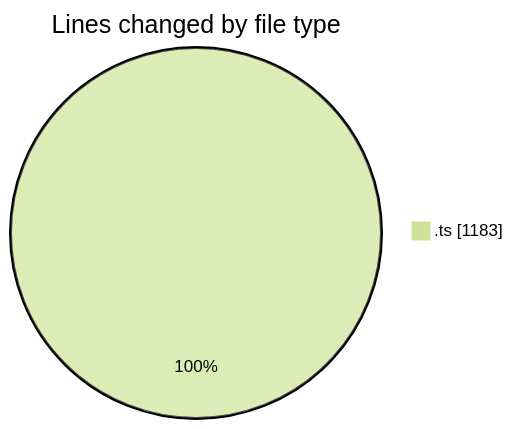
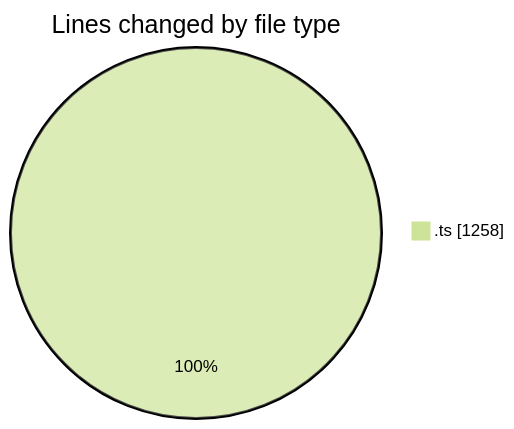
One commit to lephambinh05/code-tracking changed the first of 2 diagrams in 2025-09-13/hiai-phf/README.md. Above: the diagram before and after it, drawn with Mermaid (forest theme). The commit also changed other lines of this file and 1 other file, not shown here.

````diff
--- a/2025-09-13/hiai-phf/README.md
+++ b/2025-09-13/hiai-phf/README.md
@@ -23,5 +24,5 @@
 ```mermaid
 pie showData
 title Lines changed by file type
-".ts" : 1183
+".ts" : 1258
 ```
````
